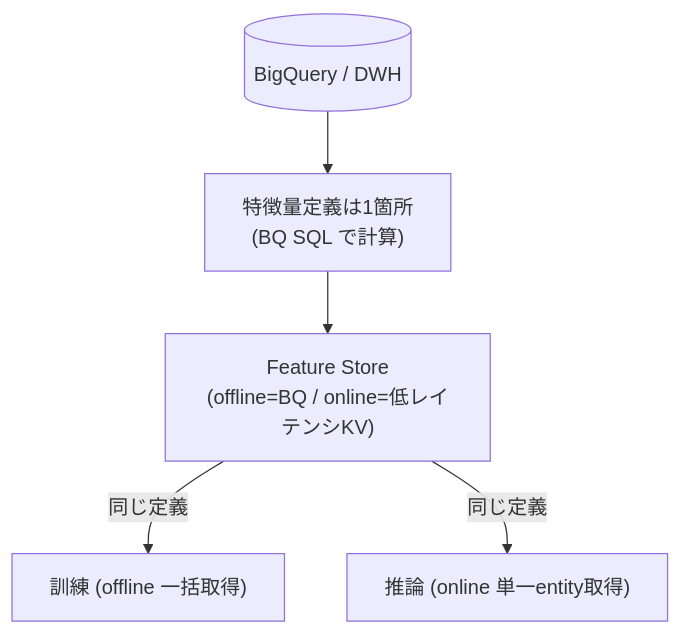
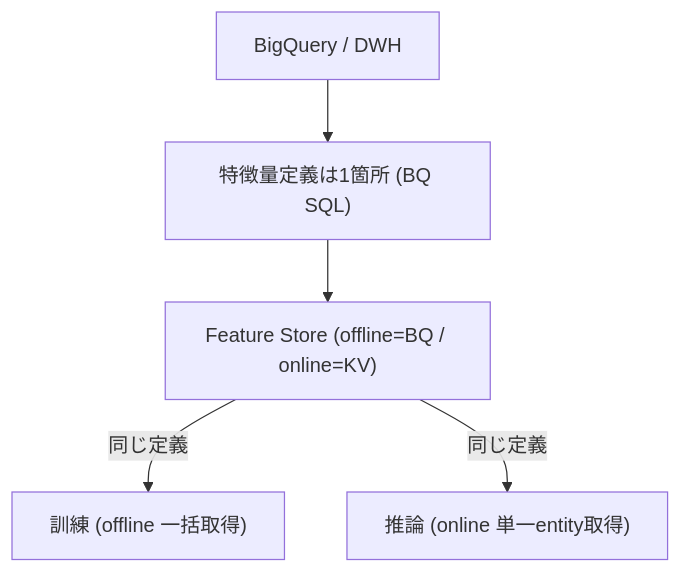
Before and after one commit to kurosawa-kuro/study-gcp-feature-store: the second of 10 diagrams in docs/Feature-store入門.md, drawn with Mermaid. The commit also changed other lines of this file and 6 other files, not shown here.

````diff
--- a/docs/Feature-store入門.md
+++ b/docs/Feature-store入門.md
@@ -48,11 +47,11 @@
 ```mermaid
-flowchart TB
-    raw2[(BigQuery / DWH)]
-    fedef["特徴量定義は1箇所<br/>(BQ SQL で計算)"]
-    fs["Feature Store<br/>(offline=BQ / online=低レイテンシKV)"]
+graph TB
+    raw2["BigQuery / DWH"]
+    fedef["特徴量定義は1箇所 (BQ SQL)"]
+    fs["Feature Store (offline=BQ / online=KV)"]
     model2["訓練 (offline 一括取得)"]
     api2["推論 (online 単一entity取得)"]
     raw2 --> fedef --> fs
-    fs -->|同じ定義| model2
-    fs -->|同じ定義| api2
+    fs -->|"同じ定義"| model2
+    fs -->|"同じ定義"| api2
 ```
````
